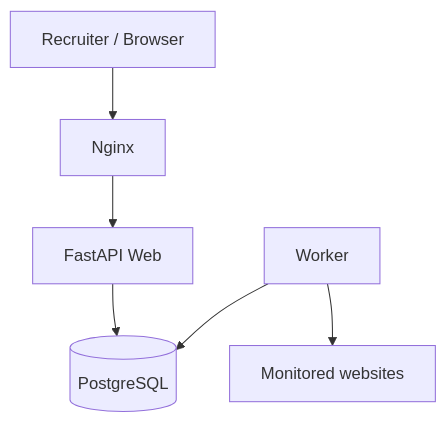
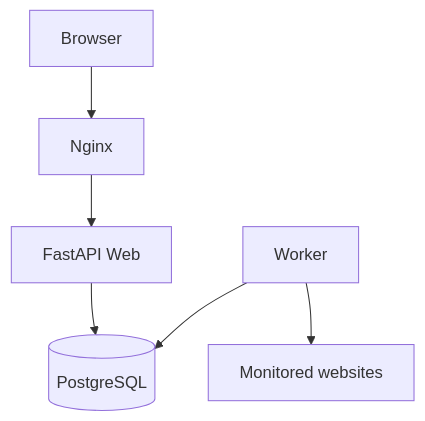
One commit to tomekmisiun/Opsbeacon changed the diagram in README.md. Above: the diagram before and after it, drawn with Mermaid.

Commit message:
Update architecture diagram to simplify browser label

````diff
--- a/README.md
+++ b/README.md
@@ -18,8 +18,8 @@
 ```mermaid
 flowchart TD
-    Browser[Recruiter / Browser] --> Nginx
+    Browser[Browser] --> Nginx
     Nginx --> Web[FastAPI Web]
     Web --> DB[(PostgreSQL)]
     Worker[Worker] --> DB
     Worker --> Sites[Monitored websites]
 ```
````
